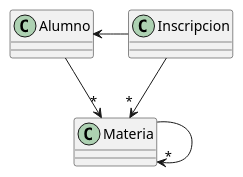
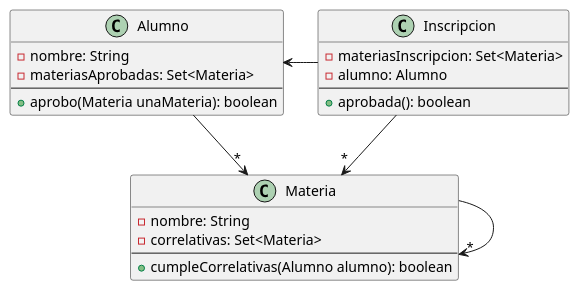
Before and after one commit to IanR4/Validador-de-correlativas: the diagram in src/digrama.puml, drawn with PlantUML. The commit also changed 4 other files, not shown here.

```diff
--- a/src/digrama.puml
+++ b/src/digrama.puml
@@ -1,18 +1,30 @@
 @startuml
 'https://plantuml.com/sequence-diagram
 
 class Inscripcion {
+    -materiasInscripcion: Set<Materia>
+    -alumno: Alumno
+    --
+    +aprobada(): boolean
 }
 
 class Materia {
+    -nombre: String
+    -correlativas: Set<Materia>
+    --
+    +cumpleCorrelativas(Alumno alumno): boolean
 }
 
 class Alumno {
+    -nombre: String
+    -materiasAprobadas: Set<Materia>
+    --
+    +aprobo(Materia unaMateria): boolean
 }
 
 Inscripcion -->"*" Materia
 Inscripcion -left-> Alumno
 Alumno -->"*" Materia
 Materia -->"*" Materia
 
 @enduml
```
